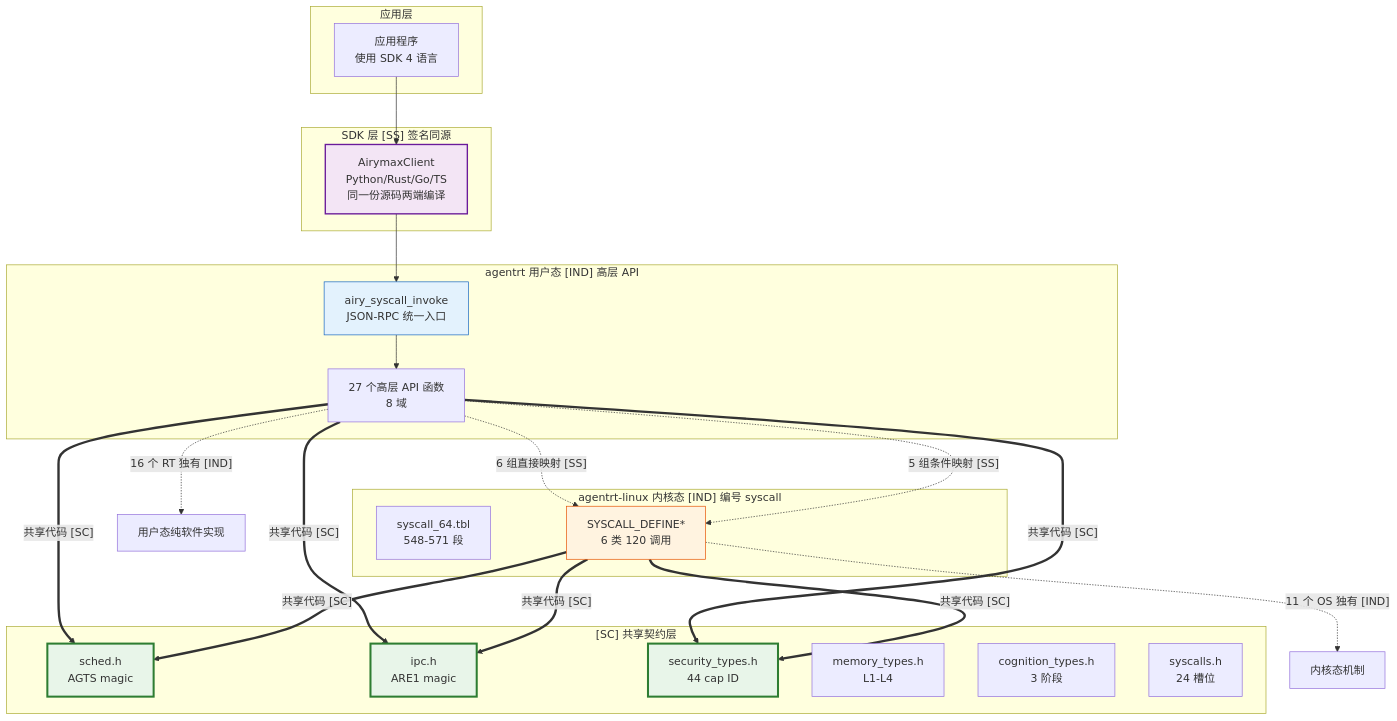
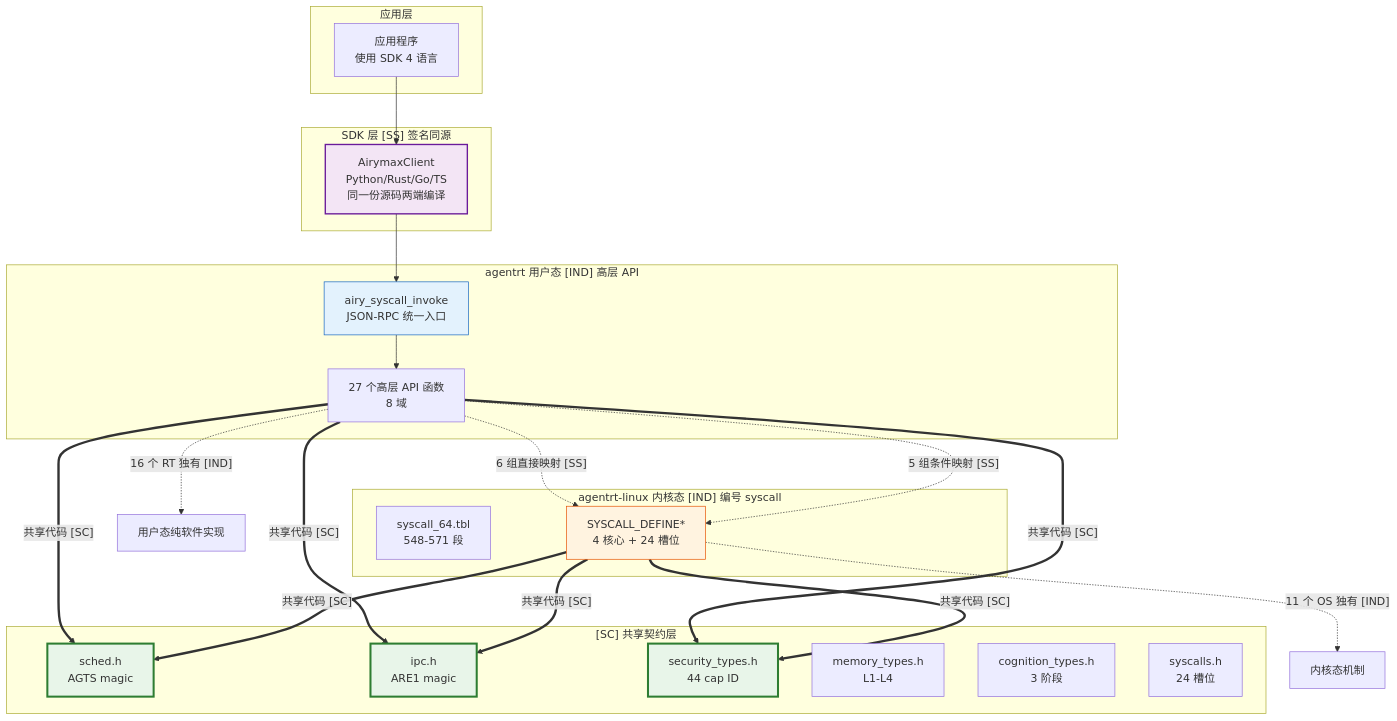
The second of 2 diagrams in AirymaxOS/30-interfaces/05-syscall-semantic-mapping.md (openairymax/docs), drawn with Mermaid before and after one commit. The commit also changed other lines of this file and 113 other files, not shown here.

````diff
--- a/AirymaxOS/30-interfaces/05-syscall-semantic-mapping.md
+++ b/AirymaxOS/30-interfaces/05-syscall-semantic-mapping.md
@@ -373,50 +373,50 @@
 ```mermaid
 graph TB
     subgraph "应用层"
         APP[应用程序<br/>使用 SDK 4 语言]
     end
 
     subgraph "SDK 层 [SS] 签名同源"
         SDK[AirymaxClient<br/>Python/Rust/Go/TS<br/>同一份源码两端编译]
     end
 
     subgraph "agentrt 用户态 [IND] 高层 API"
         RT_INV[airy_syscall_invoke<br/>JSON-RPC 统一入口]
         RT_USR[27 个高层 API 函数<br/>8 域]
     end
 
     subgraph "agentrt-linux 内核态 [IND] 编号 syscall"
         OS_TBL[syscall_64.tbl<br/>548-571 段]
-        OS_DEF[SYSCALL_DEFINE*<br/>6 类 120 调用]
+        OS_DEF[SYSCALL_DEFINE*<br/>4 核心 + 24 槽位]
     end
 
     subgraph "[SC] 共享契约层"
         SC1[sched.h<br/>AGTS magic]
         SC2[ipc.h<br/>ARE1 magic]
         SC3[security_types.h<br/>44 cap ID]
         SC4[memory_types.h<br/>L1-L4]
         SC5[cognition_types.h<br/>3 阶段]
         SC6[syscalls.h<br/>24 槽位]
     end
 
     APP --> SDK
     SDK --> RT_INV
     RT_INV --> RT_USR
     RT_USR -.->|"6 组直接映射 [SS]"| OS_DEF
     RT_USR -.->|"5 组条件映射 [SS]"| OS_DEF
     RT_USR -.->|"16 个 RT 独有 [IND]"| RT_ONLY[用户态纯软件实现]
     OS_DEF -.->|"11 个 OS 独有 [IND]"| OS_ONLY[内核态机制]
     RT_USR ==>|"共享代码 [SC]"| SC1
     RT_USR ==>|"共享代码 [SC]"| SC2
     RT_USR ==>|"共享代码 [SC]"| SC3
     OS_DEF ==>|"共享代码 [SC]"| SC1
     OS_DEF ==>|"共享代码 [SC]"| SC2
     OS_DEF ==>|"共享代码 [SC]"| SC3
 
     style SC1 fill:#e8f5e9,stroke:#2e7d32,stroke-width:3px
     style SC2 fill:#e8f5e9,stroke:#2e7d32,stroke-width:3px
     style SC3 fill:#e8f5e9,stroke:#2e7d32,stroke-width:3px
     style SDK fill:#f3e5f5,stroke:#6a1b9a,stroke-width:2px
     style RT_INV fill:#e3f2fd,stroke:#1565c0
     style OS_DEF fill:#fff3e0,stroke:#e65100
 ```
````
